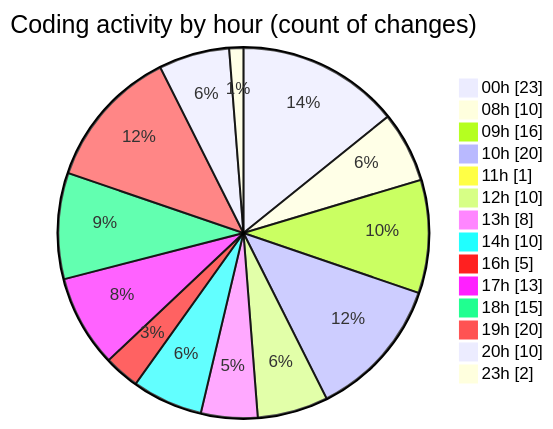
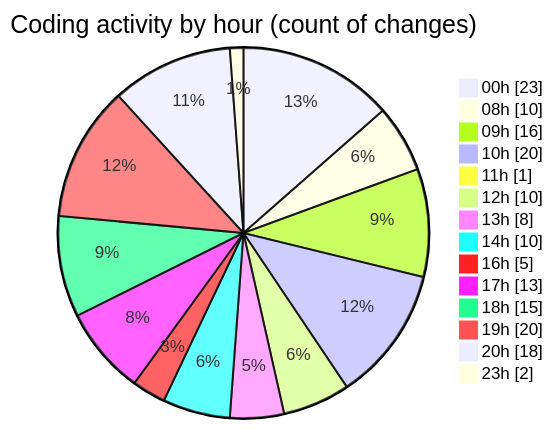
Before and after one commit to Elitesun/code-tracking: the second of 2 diagrams in 2025-05-29/advertise/README.md, drawn with Mermaid. The commit also changed other lines of this file and 1 other file, not shown here.

````diff
--- a/2025-05-29/advertise/README.md
+++ b/2025-05-29/advertise/README.md
@@ -48,18 +50,18 @@
 ```mermaid
 pie showData
 title Coding activity by hour (count of changes)
 "00h" : 23
 "08h" : 10
 "09h" : 16
 "10h" : 20
 "11h" : 1
 "12h" : 10
 "13h" : 8
 "14h" : 10
 "16h" : 5
 "17h" : 13
 "18h" : 15
 "19h" : 20
-"20h" : 10
+"20h" : 18
 "23h" : 2
 ```
````
